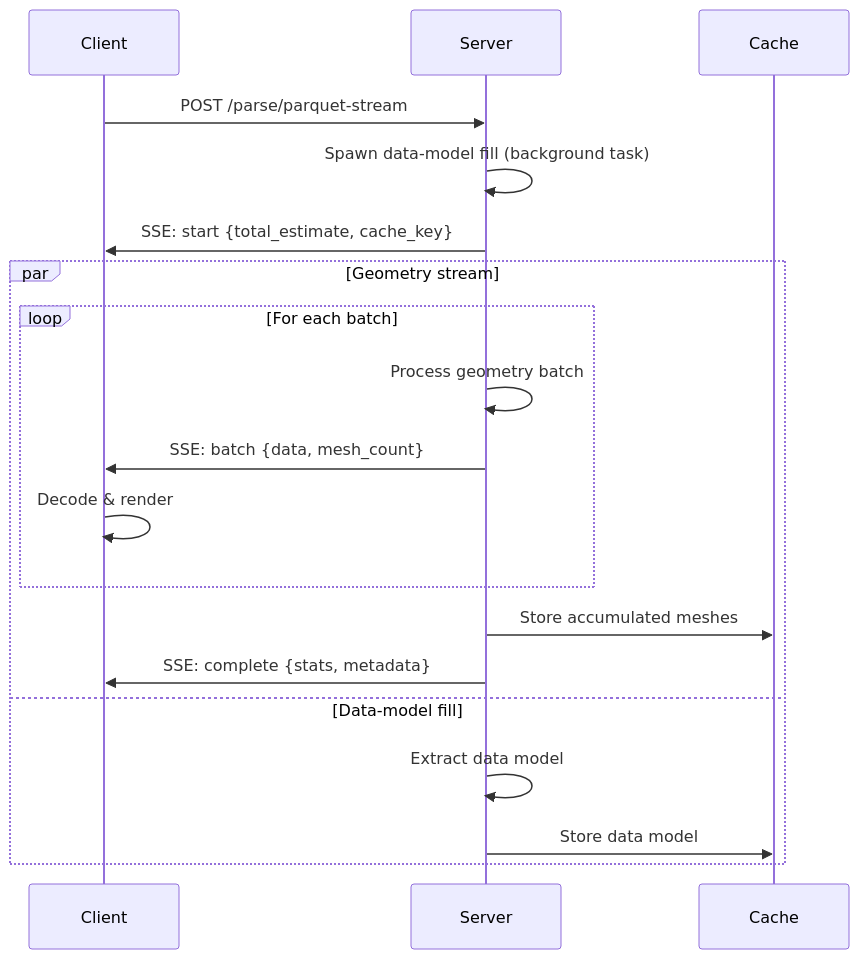
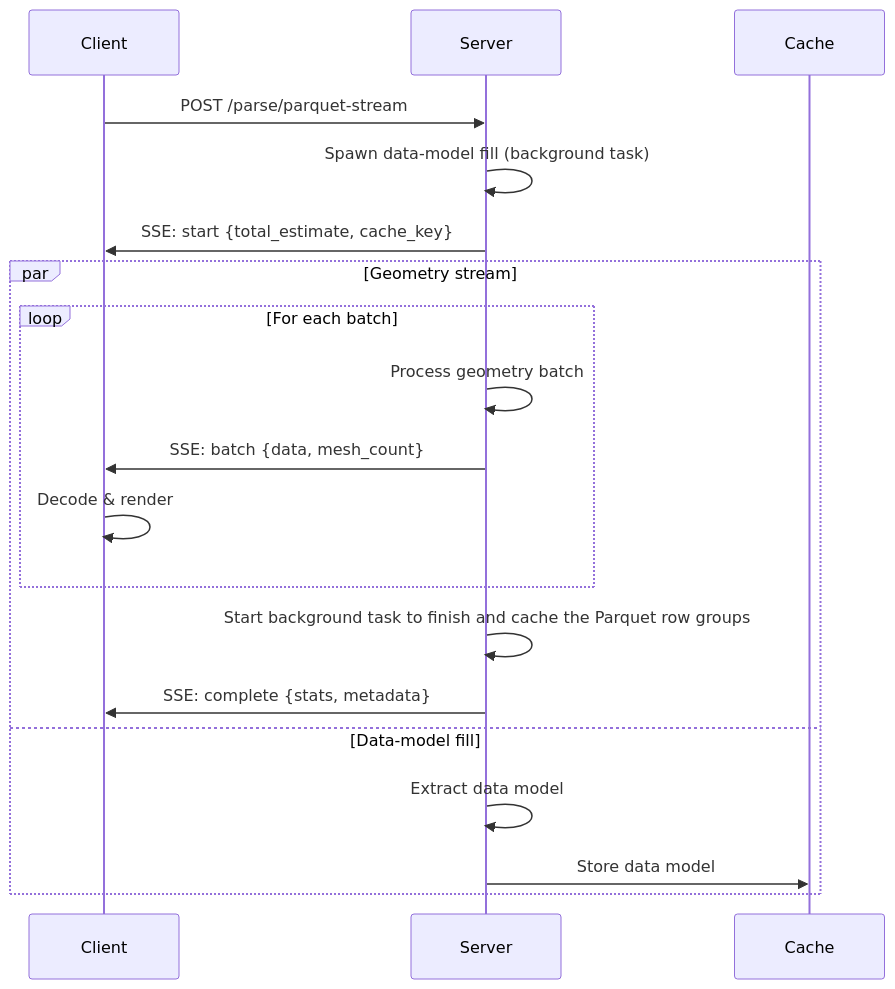
Before and after one commit to LTplus-AG/ifc-lite: the third of 3 diagrams in docs/guide/server.md, drawn with Mermaid. The commit also changed other lines of this file and 6 other files, not shown here.

````diff
--- a/docs/guide/server.md
+++ b/docs/guide/server.md
@@ -1013,23 +1008,23 @@
 ```mermaid
 sequenceDiagram
     participant Client
     participant Server
     participant Cache
 
     Client->>Server: POST /parse/parquet-stream
     Server->>Server: Spawn data-model fill (background task)
     Server->>Client: SSE: start {total_estimate, cache_key}
 
     par Geometry stream
         loop For each batch
             Server->>Server: Process geometry batch
             Server->>Client: SSE: batch {data, mesh_count}
             Client->>Client: Decode & render
         end
-        Server->>Cache: Store accumulated meshes
+        Server->>Server: Start background task to finish and cache the Parquet row groups
         Server->>Client: SSE: complete {stats, metadata}
     and Data-model fill
         Server->>Server: Extract data model
         Server->>Cache: Store data model
     end
 ```
````
